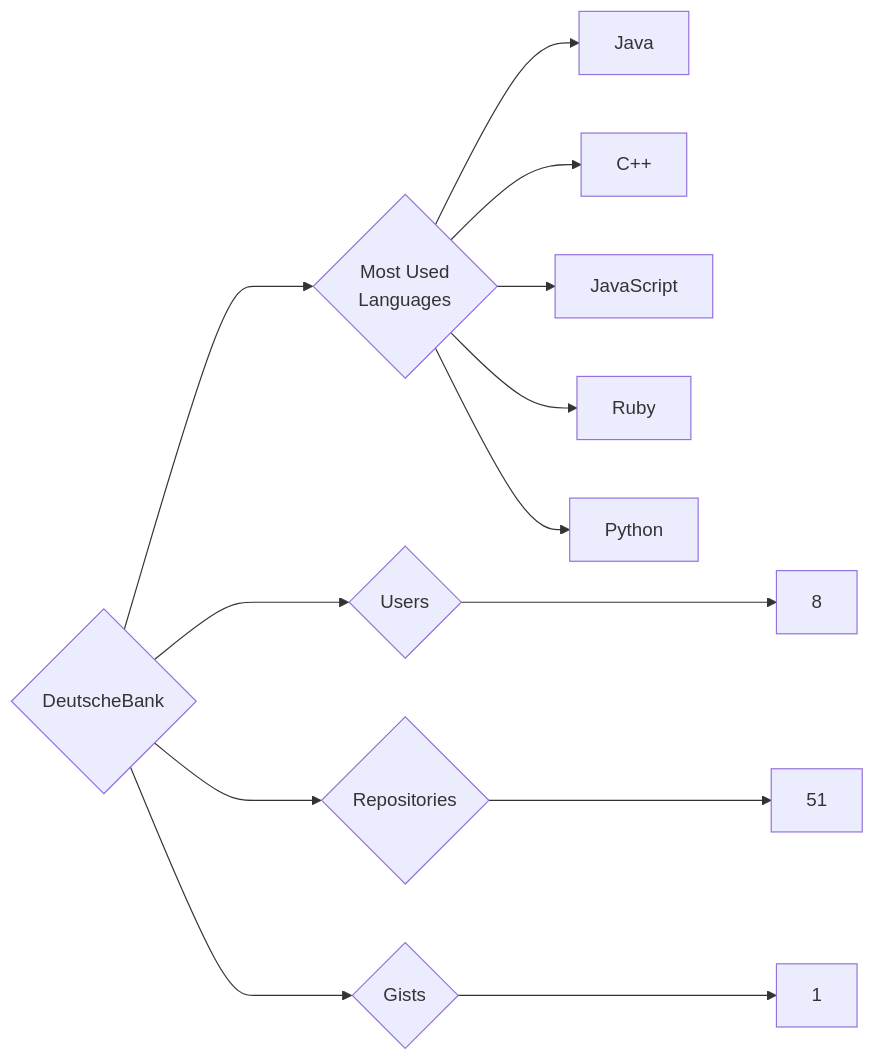
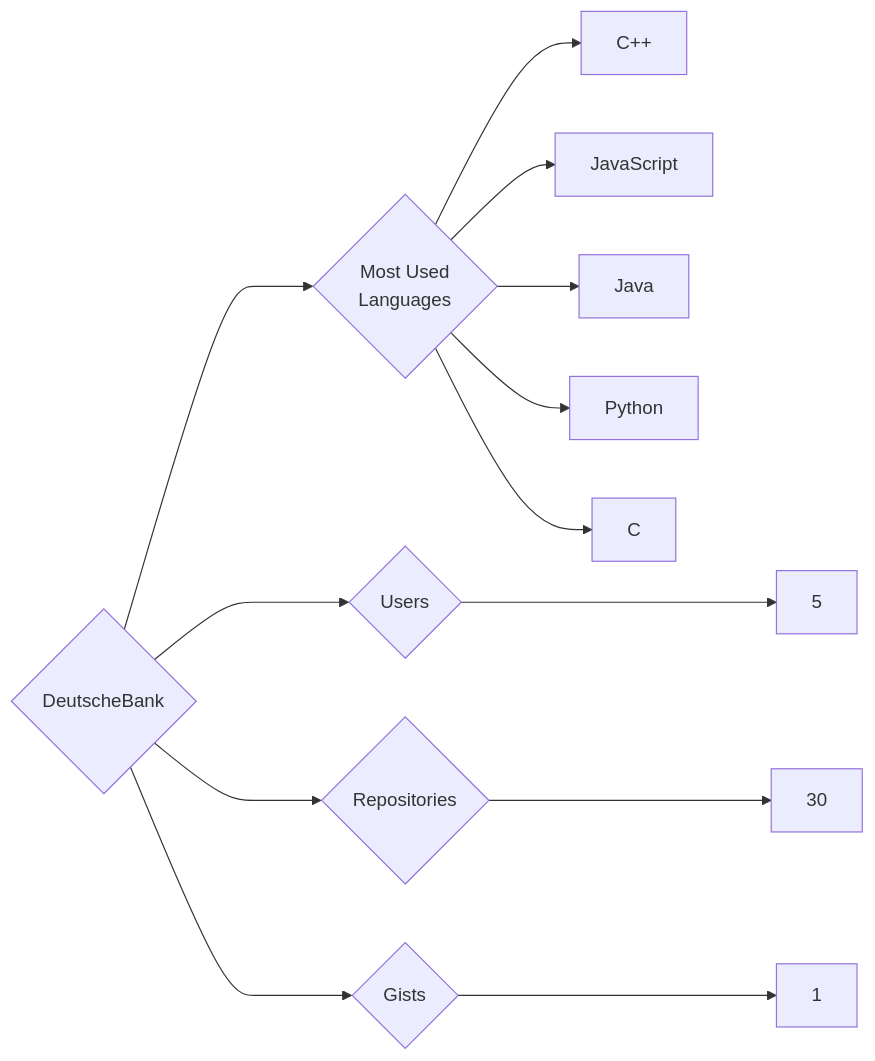
Before and after one commit to trickest/insiders: the diagram in targets/DeutscheBank/README.md, drawn with Mermaid. The commit also changed 1148 other files, not shown here.

````diff
--- a/targets/DeutscheBank/README.md
+++ b/targets/DeutscheBank/README.md
@@ -3,13 +3,13 @@
 ```mermaid
 graph LR
 COMPANY_NAME{DeutscheBank}
-COMPANY_NAME ---> U{Users} ---> UN[8]
-COMPANY_NAME ---> R{Repositories} ---> RN[51]
+COMPANY_NAME ---> U{Users} ---> UN[5]
+COMPANY_NAME ---> R{Repositories} ---> RN[30]
 COMPANY_NAME ---> G{Gists} ---> GN[1]
 COMPANY_NAME ---> ML{Most Used<br>Languages}
-ML --> Java[Java]
 ML --> C++[C++]
 ML --> JavaScript[JavaScript]
-ML --> Ruby[Ruby]
+ML --> Java[Java]
 ML --> Python[Python]
+ML --> C[C]
 ```
````
